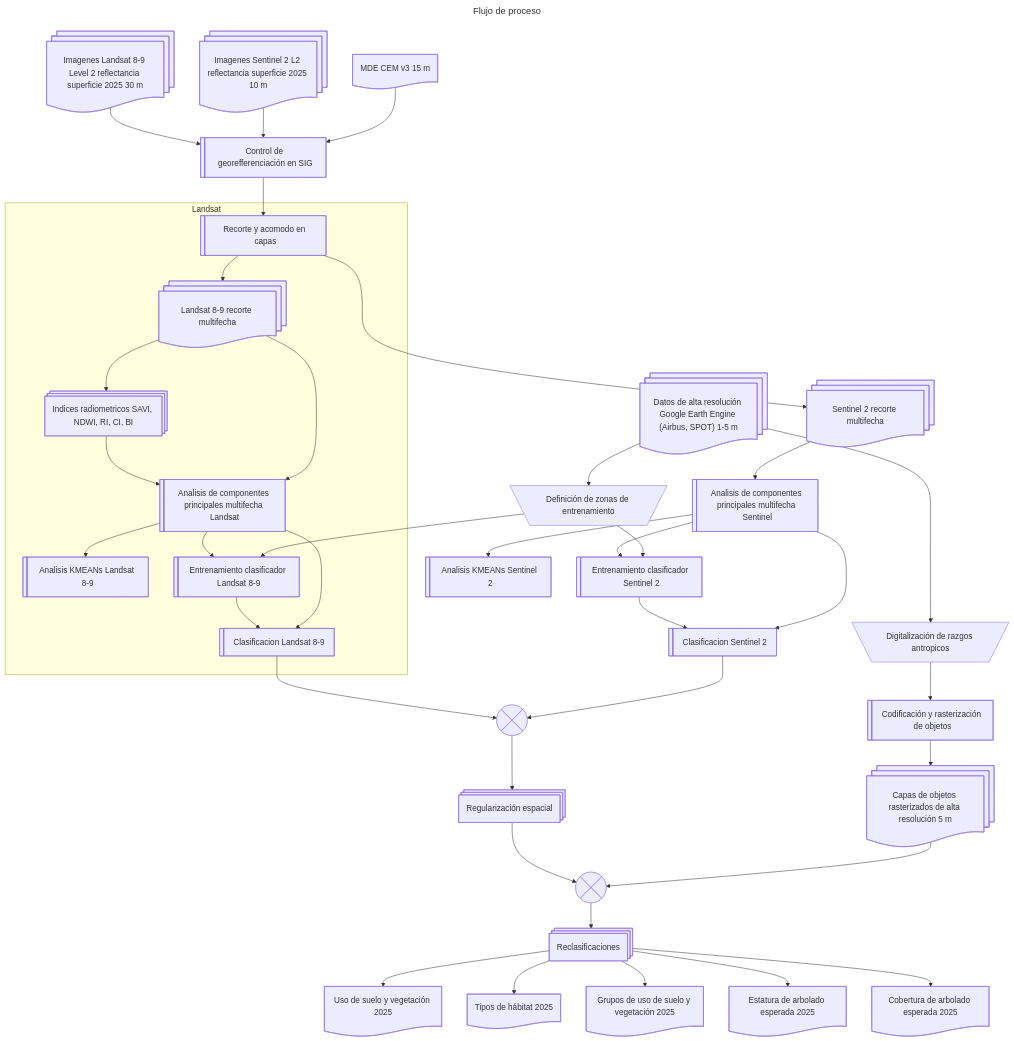
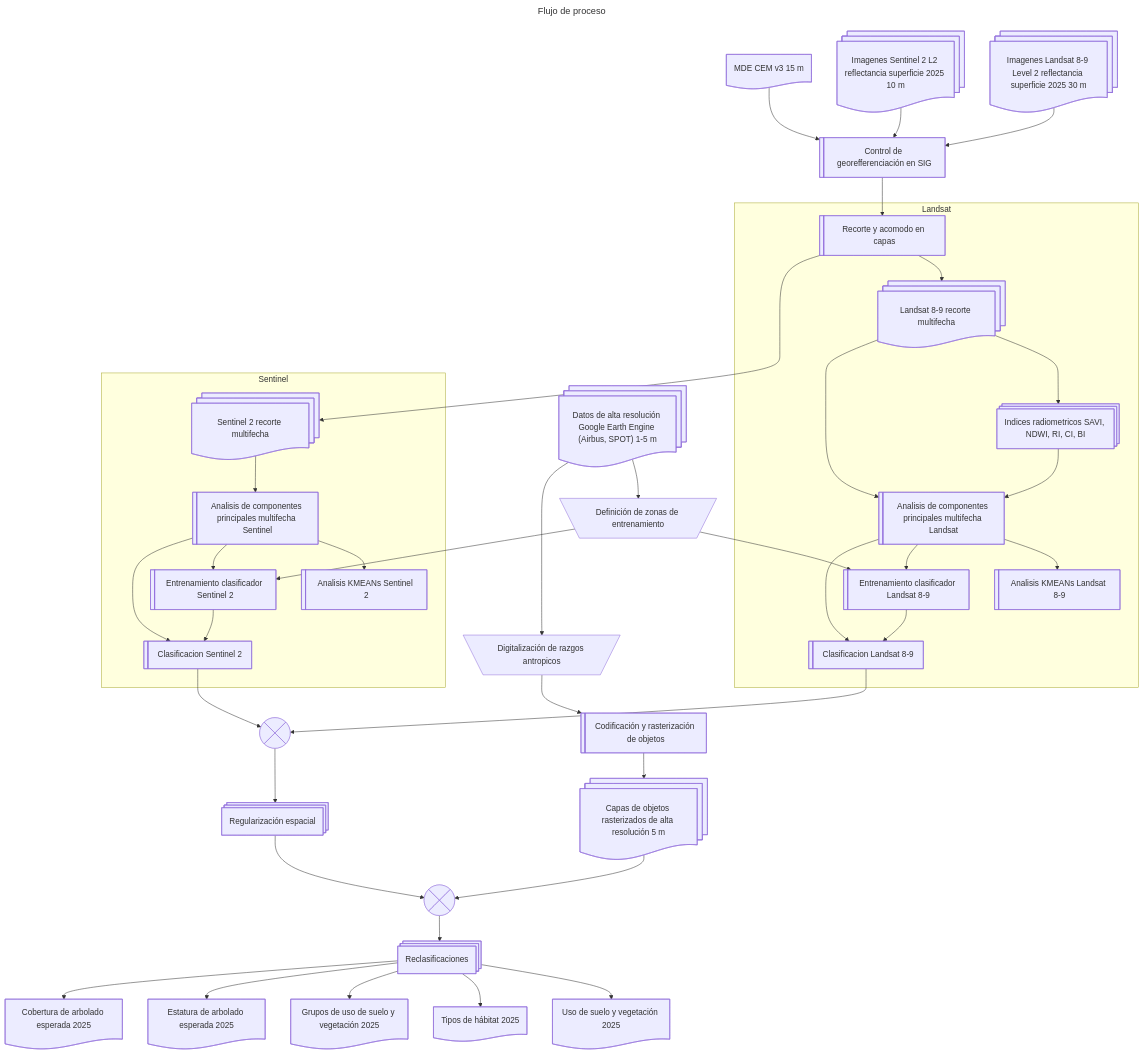
Before and after one commit to vshalisko/mixed_GIS_related_scripts: the diagram in LULC/Tapalpa_flujo_de_proceso.mermaid, drawn with Mermaid.

```diff
--- a/LULC/Tapalpa_flujo_de_proceso.mermaid
+++ b/LULC/Tapalpa_flujo_de_proceso.mermaid
@@ -1,82 +1,78 @@
 ---
 title: Flujo de proceso
 ---
 flowchart TD
     L8@{ shape: docs, label: "Imagenes Landsat 8-9 Level 2 reflectancia superficie 2025 30 m"}
     S2@{ shape: docs, label: "Imagenes Sentinel 2 L2 reflectancia superficie 2025 10 m"}
     HR@{ shape: docs, label: "Datos de alta resolución Google Earth Engine (Airbus, SPOT) 1-5 m"}
     MDE@{ shape: doc, label: "MDE CEM v3 15 m"}
     SIG@{ shape: lin-rect, label: "Control de georefferenciación en SIG"}
     CLIP@{ shape: lin-rect, label: "Recorte y acomodo en capas"}
     SAVI@{ shape: procs, label: "Indices radiometricos SAVI, NDWI, RI, CI, BI"}
     PCA1@{ shape: lin-rect, label: "Analisis de componentes principales multifecha Landsat"}
     PCA2@{ shape: lin-rect, label: "Analisis de componentes principales multifecha Sentinel"}
     L8C@{ shape: docs, label: "Landsat 8-9 recorte multifecha"}
     S2C@{ shape: docs, label: "Sentinel 2 recorte multifecha"}
     DIG@{ shape: trap-t, label: "Digitalización de razgos antropicos"}
     DIGR@{ shape: lin-rect, label: "Codificación y rasterización de objetos"}
     HRR@{ shape: docs, label: "Capas de objetos rasterizados de alta resolución 5 m"}
     TZ@{ shape: trap-t, label: "Definición de zonas de entrenamiento"}
     KMEAN1@{ shape: lin-rect, label: "Analisis KMEANs Landsat 8-9"}
     KMEAN2@{ shape: lin-rect, label: "Analisis KMEANs Sentinel 2"}
     TRAIN1@{ shape: lin-rect, label: "Entrenamiento clasificador Landsat 8-9"}
     TRAIN2@{ shape: lin-rect, label: "Entrenamiento clasificador Sentinel 2"}
     CLASS1@{ shape: lin-rect, label: "Clasificacion Landsat 8-9"}
     CLASS2@{ shape: lin-rect, label: "Clasificacion Sentinel 2"}
     REG@{ shape: procs, label: "Regularización espacial"}
     FUS1@{ shape: cross-circ, label: "Fusión de clasificaicones" }
     FUS2@{ shape: cross-circ, label: "Fusión con objetos rasterizados" }
     RECLASS@{ shape: procs, label: "Reclasificaciones"}
     LULC@{ shape: doc, label: "Uso de suelo y vegetación 2025"}
     LULCG@{ shape: doc, label: "Grupos de uso de suelo y vegetación 2025"}
     LULCH@{ shape: doc, label: "Tipos de hábitat 2025"}
     LULCA@{ shape: doc, label: "Estatura de arbolado esperada 2025"}
     LULCC@{ shape: doc, label: "Cobertura de arbolado esperada 2025"}
 
-
-    
-
     L8-->SIG
     S2-->SIG
     MDE-->SIG
     SIG-->CLIP
 
     subgraph s1["Landsat"]
         CLIP-->L8C
         L8C-->SAVI
         SAVI-->PCA1
         L8C-->PCA1
         PCA1-->KMEAN1
         PCA1-->TRAIN1
         TRAIN1-->CLASS1
         PCA1-->CLASS1
     end
-    
-    CLIP-->S2C
-    S2C-->PCA2
-    PCA2-->KMEAN2
+    subgraph s2["Sentinel"]
+        CLIP-->S2C
+        S2C-->PCA2
+        PCA2-->KMEAN2
+        PCA2-->TRAIN2
+        TRAIN2-->CLASS2
+        PCA2-->CLASS2
+    end
 
-    PCA2-->TRAIN2
-
-    TRAIN2-->CLASS2
-
-    PCA2-->CLASS2
     CLASS1-->FUS1
     CLASS2-->FUS1
 
     HR-->TZ
     TZ-->TRAIN1
     TZ-->TRAIN2
     HR-->DIG
     DIG-->DIGR
     DIGR-->HRR
     FUS1-->REG
     REG-->FUS2
     HRR-->FUS2
 
     FUS2-->RECLASS
     RECLASS-->LULC
     RECLASS-->LULCH
     RECLASS-->LULCG
     RECLASS-->LULCA
     RECLASS-->LULCC
```
